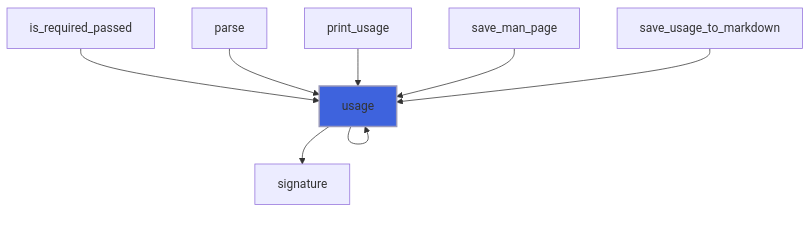
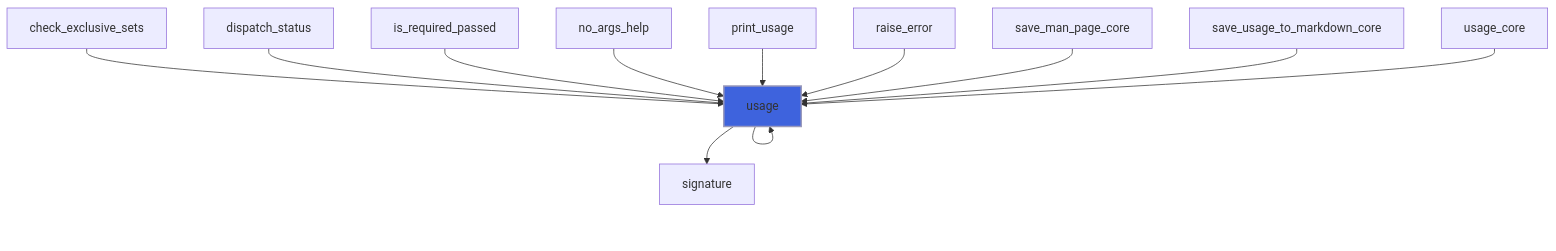
One commit to szaghi/FLAP changed diagram 25 of 28 in docs/api/src/lib/flap_command_line_arguments_group_t.md. Above: the diagram before and after it, drawn with Mermaid. The commit also changed other lines of this file and 17 other files, not shown here.

````diff
--- a/docs/api/src/lib/flap_command_line_arguments_group_t.md
+++ b/docs/api/src/lib/flap_command_line_arguments_group_t.md
@@ -560,13 +966,16 @@
 ```mermaid
 flowchart TD
+  check_exclusive_sets["check_exclusive_sets"] --> usage["usage"]
+  dispatch_status["dispatch_status"] --> usage["usage"]
   is_required_passed["is_required_passed"] --> usage["usage"]
-  parse["parse"] --> usage["usage"]
+  no_args_help["no_args_help"] --> usage["usage"]
   print_usage["print_usage"] --> usage["usage"]
-  save_man_page["save_man_page"] --> usage["usage"]
-  save_usage_to_markdown["save_usage_to_markdown"] --> usage["usage"]
+  raise_error["raise_error"] --> usage["usage"]
+  save_man_page_core["save_man_page_core"] --> usage["usage"]
+  save_usage_to_markdown_core["save_usage_to_markdown_core"] --> usage["usage"]
   usage["usage"] --> usage["usage"]
-  usage["usage"] --> usage["usage"]
+  usage_core["usage_core"] --> usage["usage"]
   usage["usage"] --> signature["signature"]
   usage["usage"] --> usage["usage"]
   style usage fill:#3e63dd,stroke:#99b,stroke-width:2px
 ```
````
